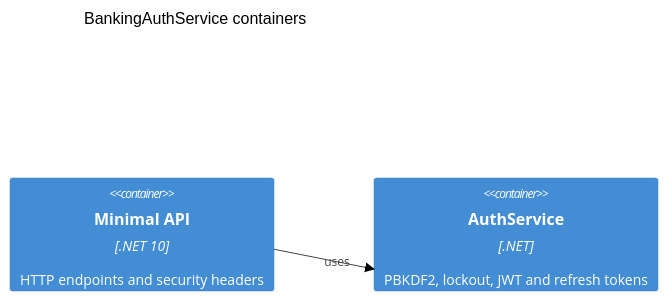
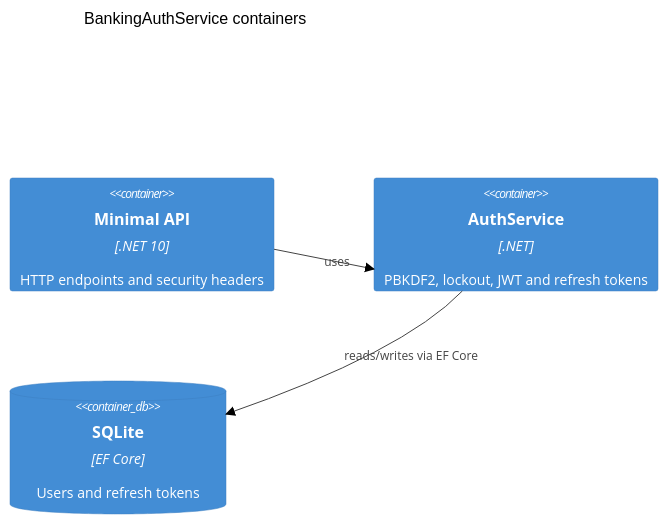
Before and after one commit to Dedmoo/banking-auth-service: the second of 3 diagrams in docs/architecture.md, drawn with Mermaid (forest theme). The commit also changed other lines of this file and 18 other files, not shown here.

````diff
--- a/docs/architecture.md
+++ b/docs/architecture.md
@@ -9,7 +9,9 @@
 ```mermaid
 C4Container
   title BankingAuthService containers
   Container(api, "Minimal API", ".NET 10", "HTTP endpoints and security headers")
   Container(service, "AuthService", ".NET", "PBKDF2, lockout, JWT and refresh tokens")
+  ContainerDb(db, "SQLite", "EF Core", "Users and refresh tokens")
   Rel(api, service, "uses")
+  Rel(service, db, "reads/writes via EF Core")
 ```
````
